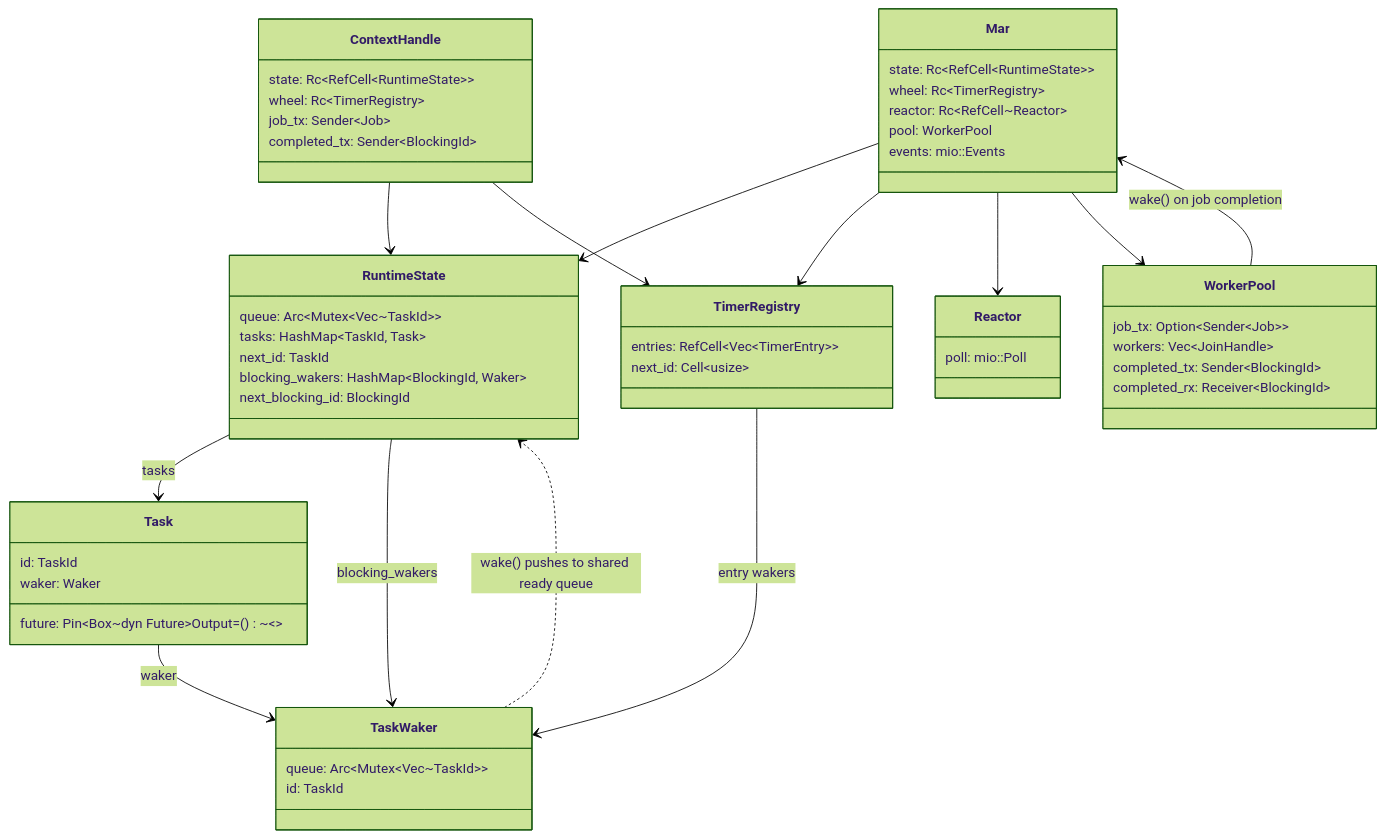
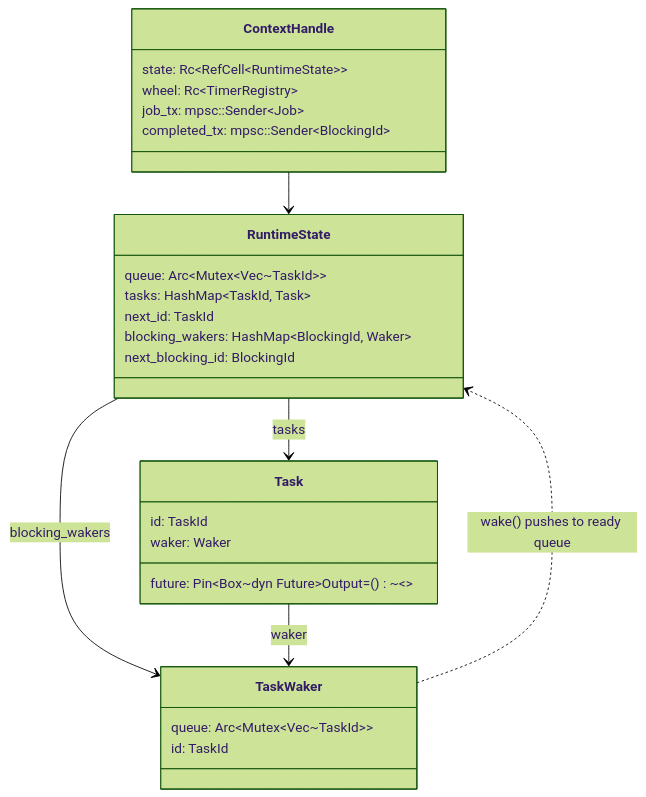
The diagram in docs/runtime-primitives.md (paulpeters144/mini-async-runtime), drawn with Mermaid (forest theme) before and after one commit. The commit also changed 1 other file, not shown here.

Commit message:
docs: reorganize runtime-primitives and top-level component diagrams
Remove Reactor and TimerRegistry from the primitives diagram — they are top-level runtime components that use the primitives, not primitives themselves. Move them to toplevel-runtime-components.md alongside Mar and WorkerPool with accurate fields from source. The primitives diagram now focuses on RuntimeState, Task, TaskWaker, and ContextHandle.

````diff
--- a/docs/runtime-primitives.md
+++ b/docs/runtime-primitives.md
@@ -5,67 +5,36 @@
 ```mermaid
 classDiagram
     direction TB
-
-    class Mar {
-        state: Rc~RefCell~RuntimeState~~
-        wheel: Rc~TimerRegistry~
-        reactor: Rc~RefCell~Reactor~
-        pool: WorkerPool
-        events: mio::Events
-    }
 
     class RuntimeState {
         queue: Arc~Mutex~Vec~TaskId~~
         tasks: HashMap~TaskId, Task~
         next_id: TaskId
         blocking_wakers: HashMap~BlockingId, Waker~
         next_blocking_id: BlockingId
-    }
-
-    class ContextHandle {
-        state: Rc~RefCell~RuntimeState~~
-        wheel: Rc~TimerRegistry~
-        job_tx: Sender~Job~
-        completed_tx: Sender~BlockingId~
     }
 
     class Task {
         id: TaskId
         waker: Waker
         future: Pin~Box~dyn Future~Output=()~~~
     }
 
     class TaskWaker {
         queue: Arc~Mutex~Vec~TaskId~~
         id: TaskId
     }
 
-    class TimerRegistry {
-        entries: RefCell~Vec~TimerEntry~~
-        next_id: Cell~usize~
+    class ContextHandle {
+        state: Rc~RefCell~RuntimeState~~
+        wheel: Rc~TimerRegistry~
+        job_tx: mpsc::Sender~Job~
+        completed_tx: mpsc::Sender~BlockingId~
     }
 
-    class WorkerPool {
-        job_tx: Option~Sender~Job~~
-        workers: Vec~JoinHandle~
-        completed_tx: Sender~BlockingId~
-        completed_rx: Receiver~BlockingId~
-    }
-
-    class Reactor {
-        poll: mio::Poll
-    }
-
-    Mar --> RuntimeState
-    Mar --> TimerRegistry
-    Mar --> Reactor
-    Mar --> WorkerPool
     ContextHandle --> RuntimeState
-    ContextHandle --> TimerRegistry
     RuntimeState --> Task : tasks
     RuntimeState --> TaskWaker : blocking_wakers
     Task --> TaskWaker : waker
-    TaskWaker ..> RuntimeState : wake() pushes to shared ready queue
-    TimerRegistry --> TaskWaker : entry wakers
-    WorkerPool --> Mar : wake() on job completion
+    TaskWaker ..> RuntimeState : wake() pushes to ready queue
 ```
````
